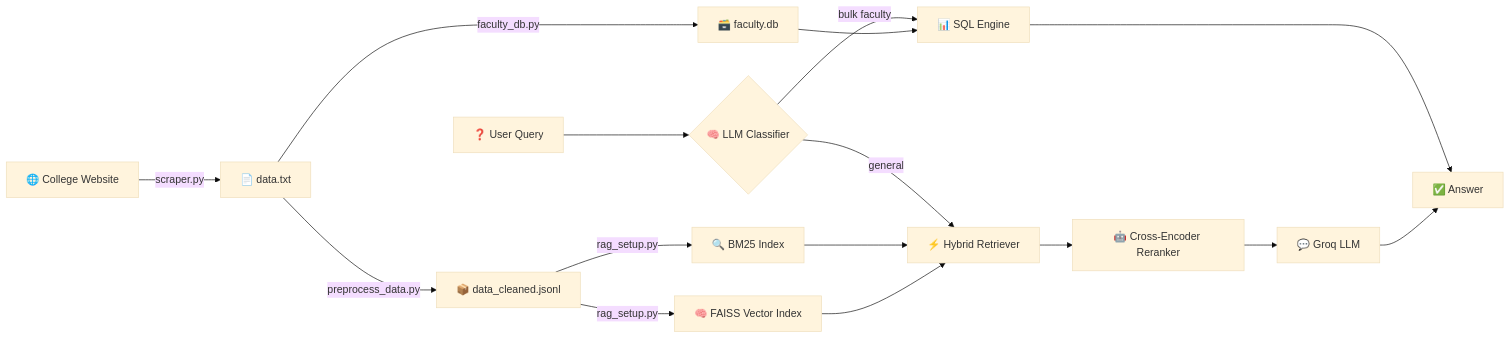
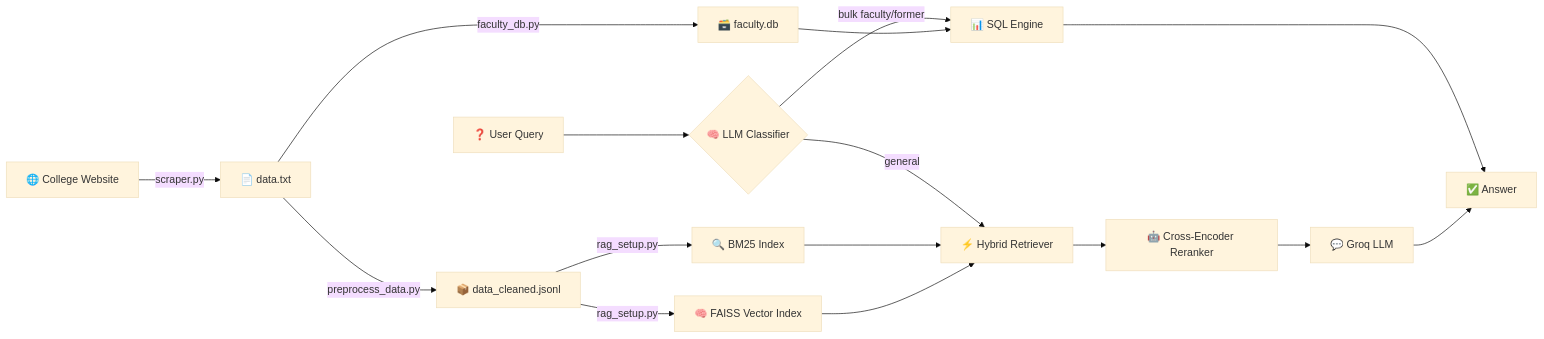
Before and after one commit to arxhr007/sahrdaya_ragx: the first of 16 diagrams in WORKING.md, drawn with Mermaid (base theme). The commit also changed other lines of this file and 6 other files, not shown here.

Commit message:
feat: former people SQL table, routing, and docs updates

````diff
--- a/WORKING.md
+++ b/WORKING.md
@@ -21,18 +21,18 @@
 ```mermaid
 flowchart LR
     A[🌐 College Website] -->|scraper.py| B[📄 data.txt]
     B -->|preprocess_data.py| C[📦 data_cleaned.jsonl]
     B -->|faculty_db.py| I[🗃️ faculty.db]
     C -->|rag_setup.py| D[🔍 BM25 Index]
     C -->|rag_setup.py| E[🧠 FAISS Vector Index]
     F[❓ User Query] --> G{🧠 LLM Classifier}
-    G -->|bulk faculty| H[📊 SQL Engine]
+    G -->|bulk faculty/former| H[📊 SQL Engine]
     I --> H
     G -->|general| J[⚡ Hybrid Retriever]
     D --> J
     E --> J
     J --> K[🤖 Cross-Encoder Reranker]
     K --> L[💬 Groq LLM]
     H --> M[✅ Answer]
     L --> M
 ```
````
